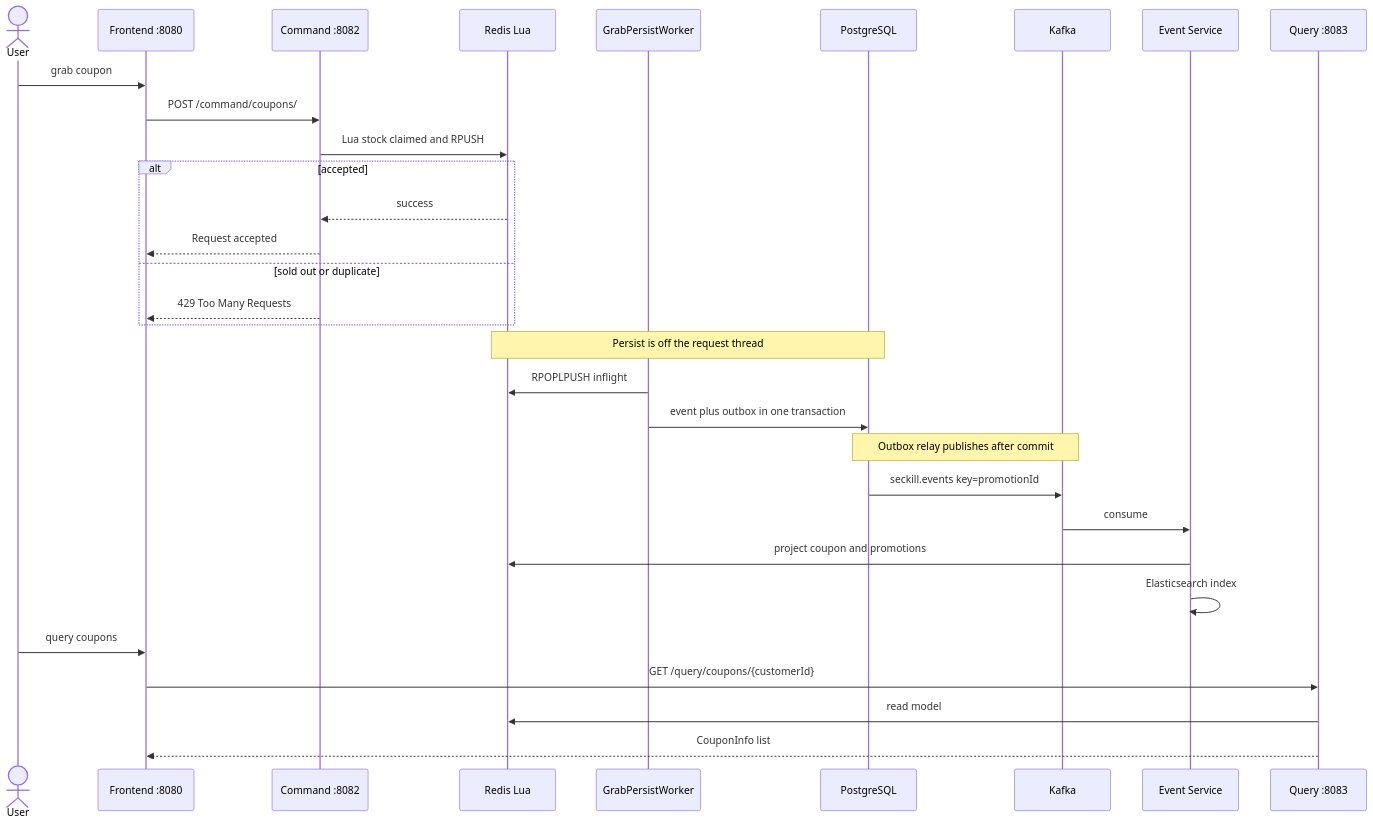
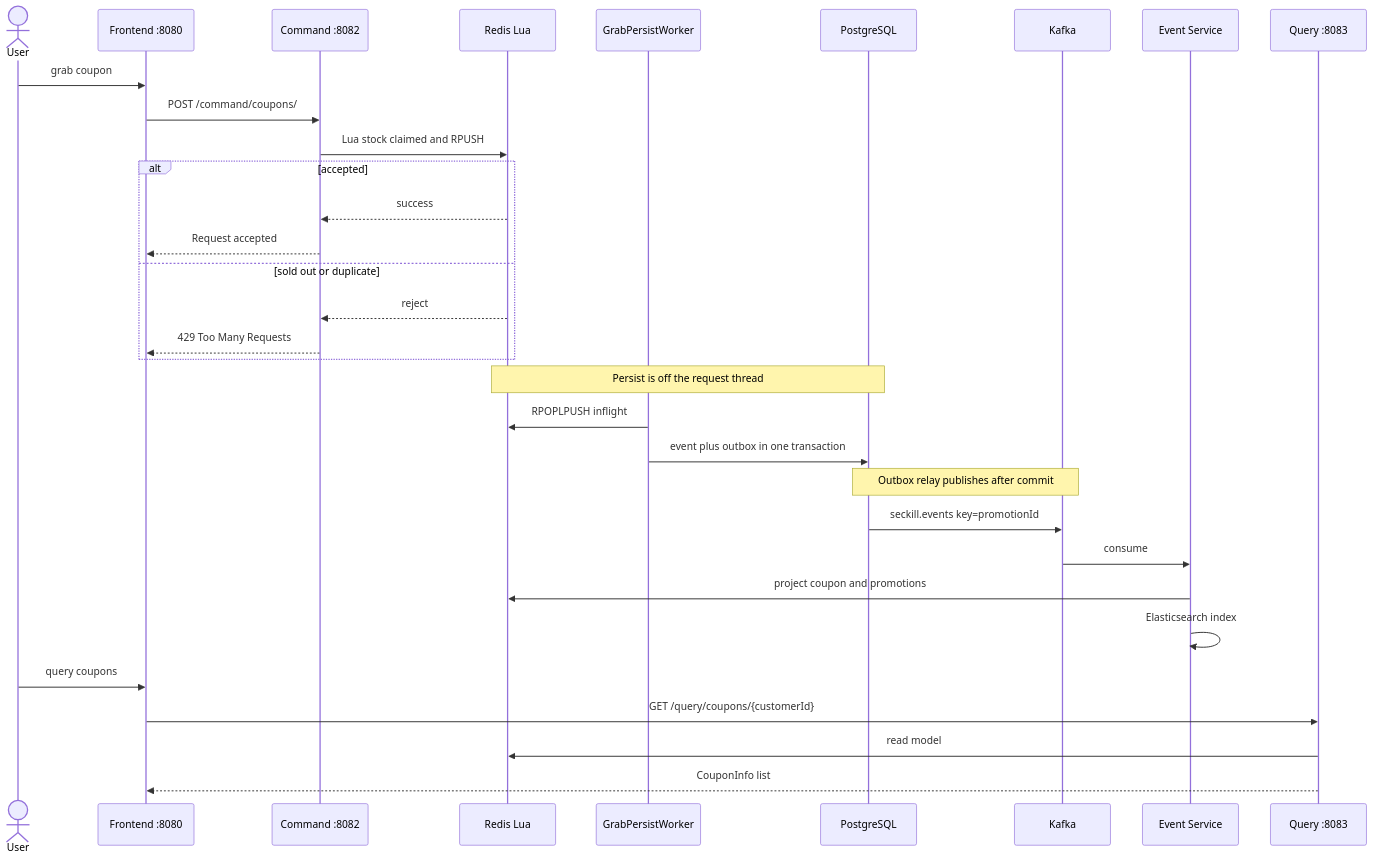
One commit to fanqingsong/seckill changed the third of 3 diagrams in README.md. Above: the diagram before and after it, drawn with Mermaid. The commit also changed other lines of this file and 181 other files, not shown here.

````diff
--- a/README.md
+++ b/README.md
@@ -103,36 +105,37 @@
 ```mermaid
 sequenceDiagram
   actor User
   participant FE as Frontend :8080
   participant Cmd as Command :8082
   participant Redis as Redis Lua
   participant Worker as GrabPersistWorker
   participant PG as PostgreSQL
   participant Kafka as Kafka
   participant Event as Event Service
   participant Query as Query :8083
 
   User->>FE: grab coupon
   FE->>Cmd: POST /command/coupons/
   Cmd->>Redis: Lua stock claimed and RPUSH
   alt accepted
     Redis-->>Cmd: success
     Cmd-->>FE: Request accepted
   else sold out or duplicate
+    Redis-->>Cmd: reject
     Cmd-->>FE: 429 Too Many Requests
   end
 
   Note over Redis,PG: Persist is off the request thread
   Worker->>Redis: RPOPLPUSH inflight
   Worker->>PG: event plus outbox in one transaction
   Note over PG,Kafka: Outbox relay publishes after commit
   PG->>Kafka: seckill.events key=promotionId
   Kafka->>Event: consume
   Event->>Redis: project coupon and promotions
   Event->>Event: Elasticsearch index
 
   User->>FE: query coupons
   FE->>Query: GET /query/coupons/{customerId}
   Query->>Redis: read model
   Query-->>FE: CouponInfo list
 ```
````
